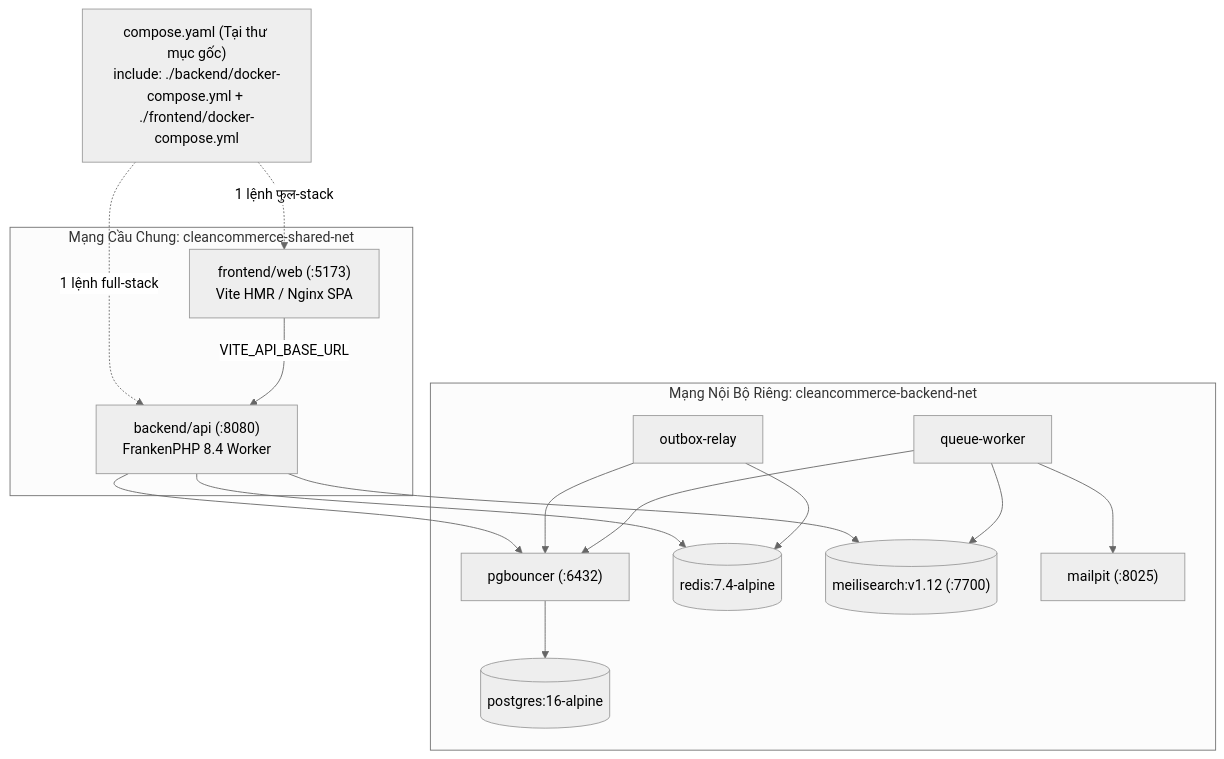
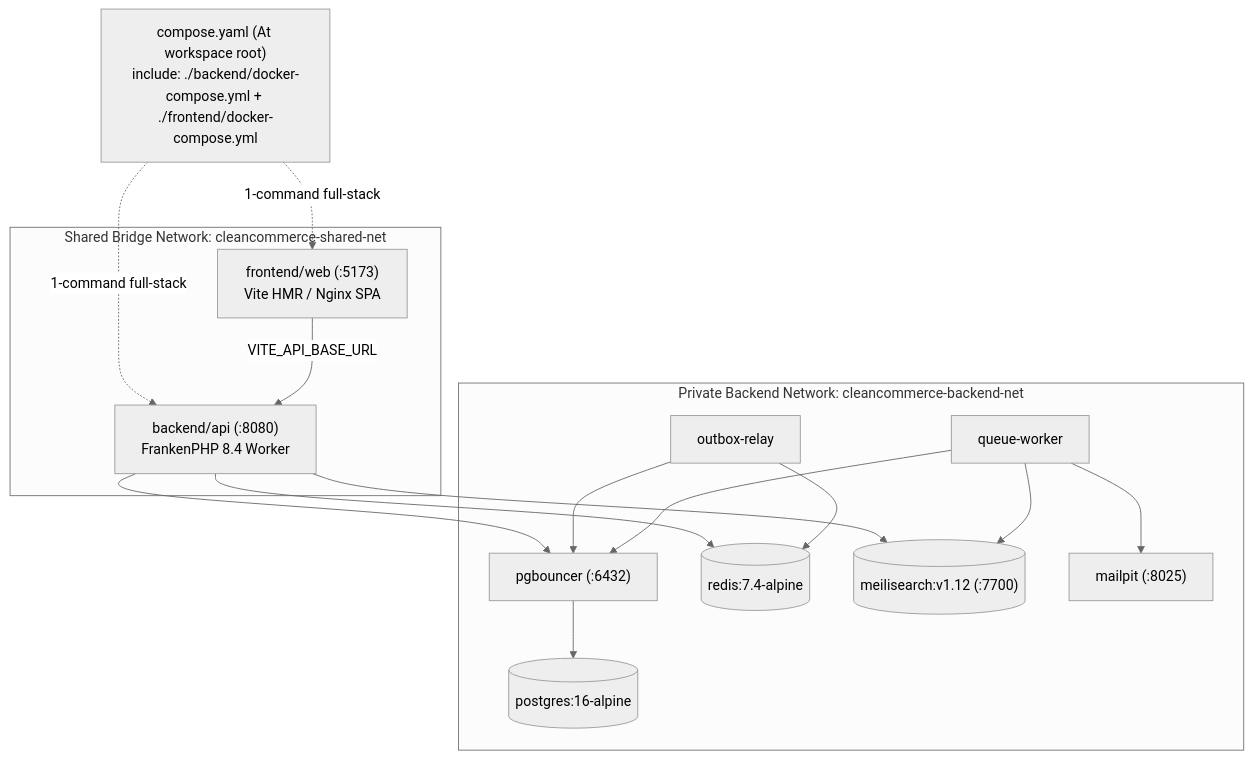
The second of 4 diagrams in docs/ARCHITECTURE.md (nguynbon03/VueLaravelProject), drawn with Mermaid (neutral theme) before and after one commit. The commit also changed other lines of this file and 36 other files, not shown here.

````diff
--- a/docs/ARCHITECTURE.md
+++ b/docs/ARCHITECTURE.md
@@ -77,31 +85,31 @@
 ```mermaid
 flowchart TB
-    Root["compose.yaml (Tại thư mục gốc)\ninclude: ./backend/docker-compose.yml + ./frontend/docker-compose.yml"]
+    Root["compose.yaml (At workspace root)\ninclude: ./backend/docker-compose.yml + ./frontend/docker-compose.yml"]
 
-    subgraph SharedNet["Mạng Cầu Chung: cleancommerce-shared-net"]
+    subgraph SharedNet["Shared Bridge Network: cleancommerce-shared-net"]
         Web["frontend/web (:5173)\nVite HMR / Nginx SPA"]
         API["backend/api (:8080)\nFrankenPHP 8.4 Worker"]
     end
 
-    subgraph BackendInternal["Mạng Nội Bộ Riêng: cleancommerce-backend-net"]
+    subgraph BackendInternal["Private Backend Network: cleancommerce-backend-net"]
         Relay["outbox-relay"]
         Queue["queue-worker"]
         PGB["pgbouncer (:6432)"]
         PG[("postgres:16-alpine")]
         Redis[("redis:7.4-alpine")]
         Meili[("meilisearch:v1.12 (:7700)")]
         Mail["mailpit (:8025)"]
     end
 
-    Root -.->|"1 lệnh फुल-stack"| Web
-    Root -.->|"1 lệnh full-stack"| API
+    Root -.->|"1-command full-stack"| Web
+    Root -.->|"1-command full-stack"| API
     Web -->|"VITE_API_BASE_URL"| API
     API --> PGB --> PG
     API --> Redis
     API --> Meili
     Relay --> PGB
     Relay --> Redis
     Queue --> PGB
     Queue --> Meili
     Queue --> Mail
 ```
````
